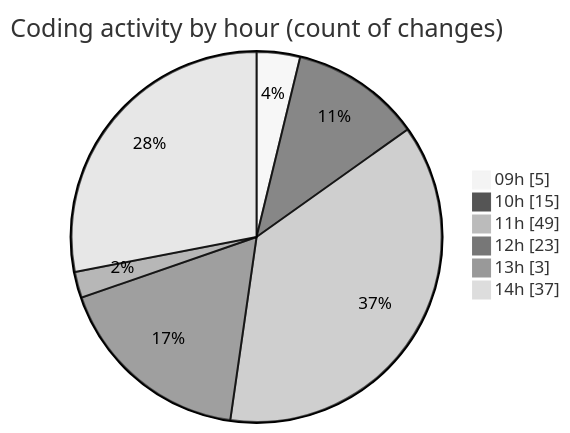
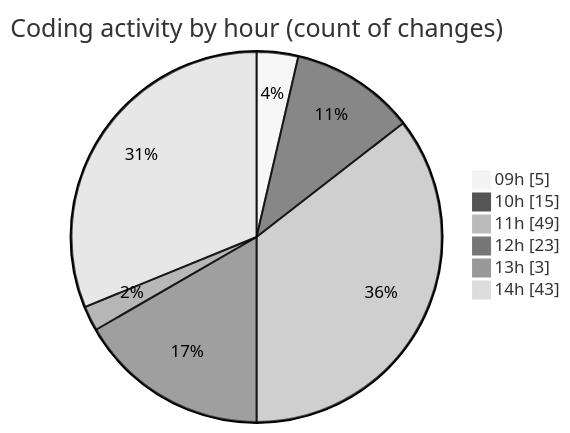
One commit to CELIANVF/code-tracking changed the second of 2 diagrams in 2025-06-13/ecodeli-1/README.md. Above: the diagram before and after it, drawn with Mermaid (neutral theme). The commit also changed other lines of this file and 1 other file, not shown here.

````diff
--- a/2025-06-13/ecodeli-1/README.md
+++ b/2025-06-13/ecodeli-1/README.md
@@ -58,10 +59,10 @@
 ```mermaid
 pie showData
 title Coding activity by hour (count of changes)
 "09h" : 5
 "10h" : 15
 "11h" : 49
 "12h" : 23
 "13h" : 3
-"14h" : 37
+"14h" : 43
 ```
````
